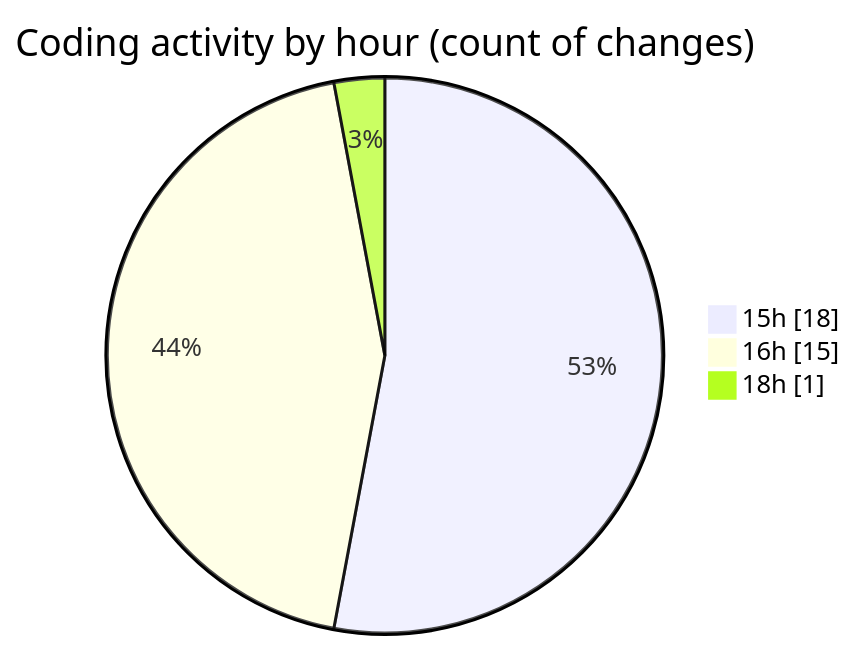
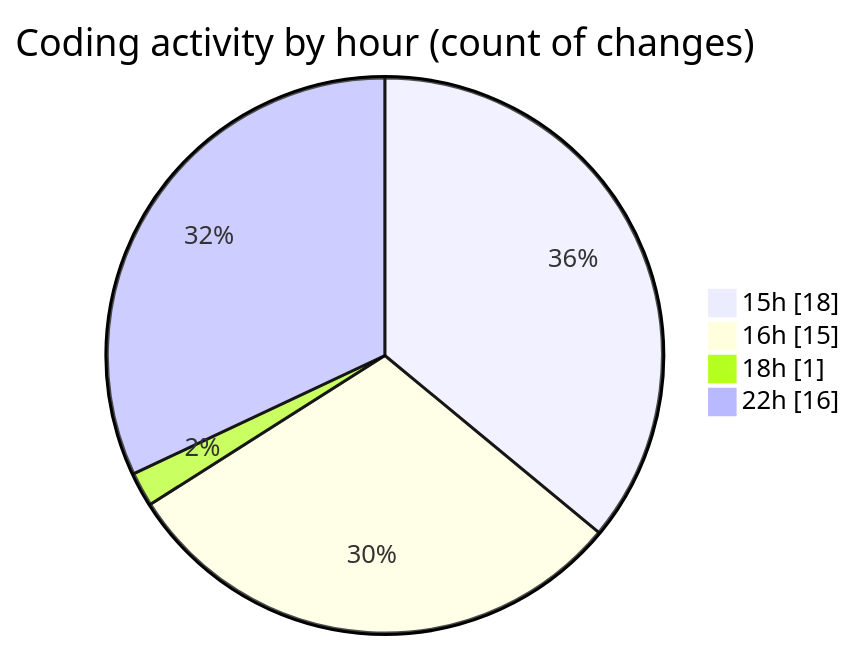
The second of 2 diagrams in 2025-11-05/eventscop-frontend-guide__workspace_/README.md (julien-gomy/code-tracking), drawn with Mermaid before and after one commit. The commit also changed other lines of this file and 1 other file, not shown here.

````diff
--- a/2025-11-05/eventscop-frontend-guide__workspace_/README.md
+++ b/2025-11-05/eventscop-frontend-guide__workspace_/README.md
@@ -37,7 +45,8 @@
 ```mermaid
 pie showData
 title Coding activity by hour (count of changes)
 "15h" : 18
 "16h" : 15
 "18h" : 1
+"22h" : 16
 ```
````
